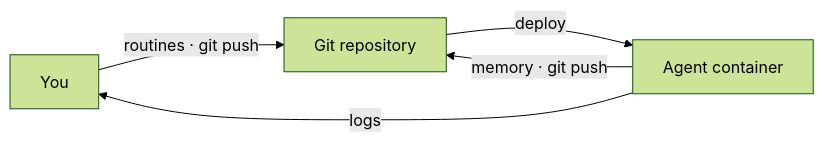
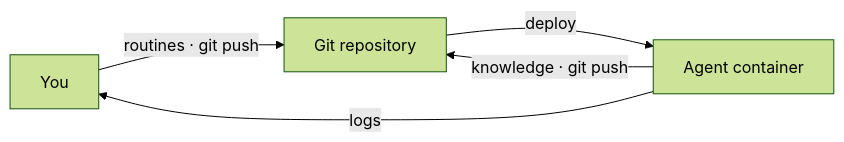
One commit to steadyspacecorp/openroutines changed the diagram in docs/operating.md. Above: the diagram before and after it, drawn with Mermaid (forest theme). The commit also changed other lines of this file and 65 other files, not shown here.

First line of the commit message:
Rename memory to knowledge

````diff
--- a/docs/operating.md
+++ b/docs/operating.md
@@ -7,7 +7,7 @@
 ```mermaid
 flowchart LR
     you["You"] -->|"routines · git push"| repo["Git repository"]
     repo -->|"deploy"| ora["Agent container"]
-    ora -->|"memory · git push"| repo
+    ora -->|"knowledge · git push"| repo
     ora -->|"logs"| you
 ```
````
